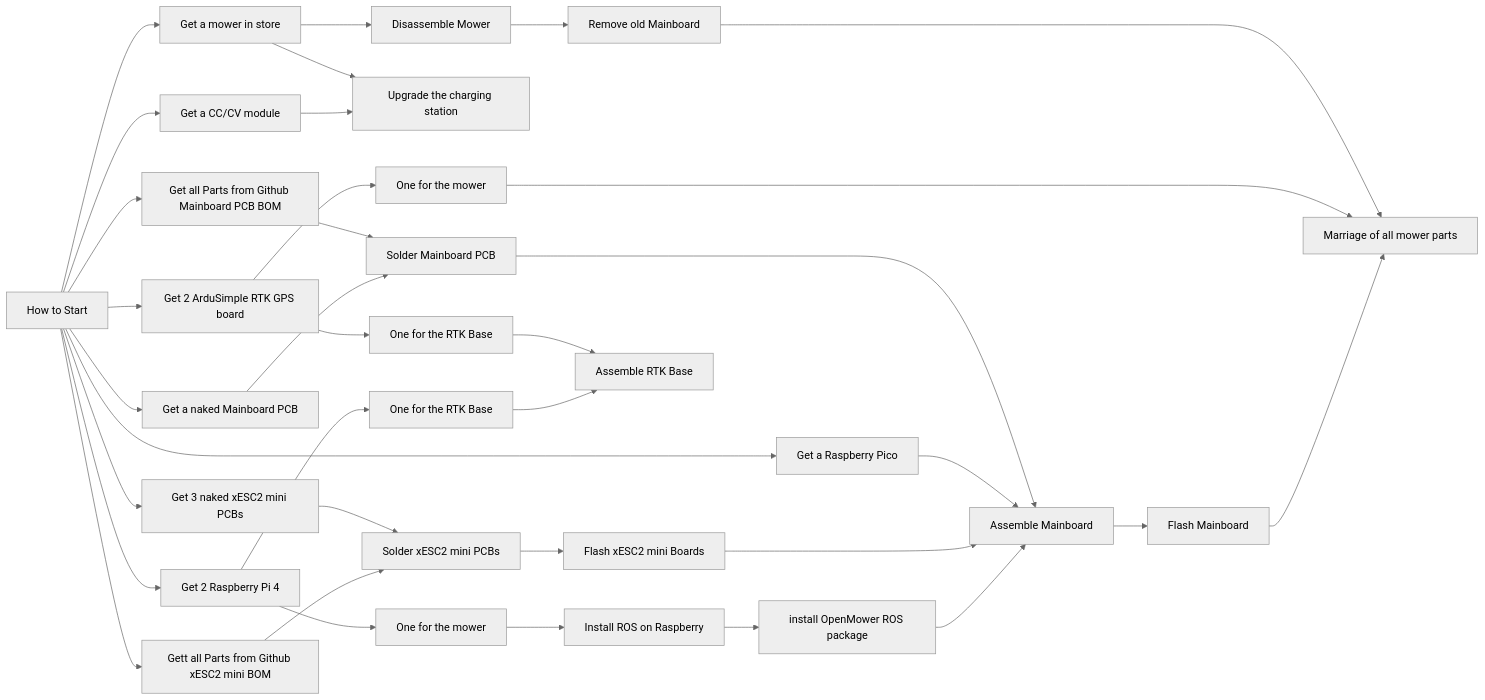
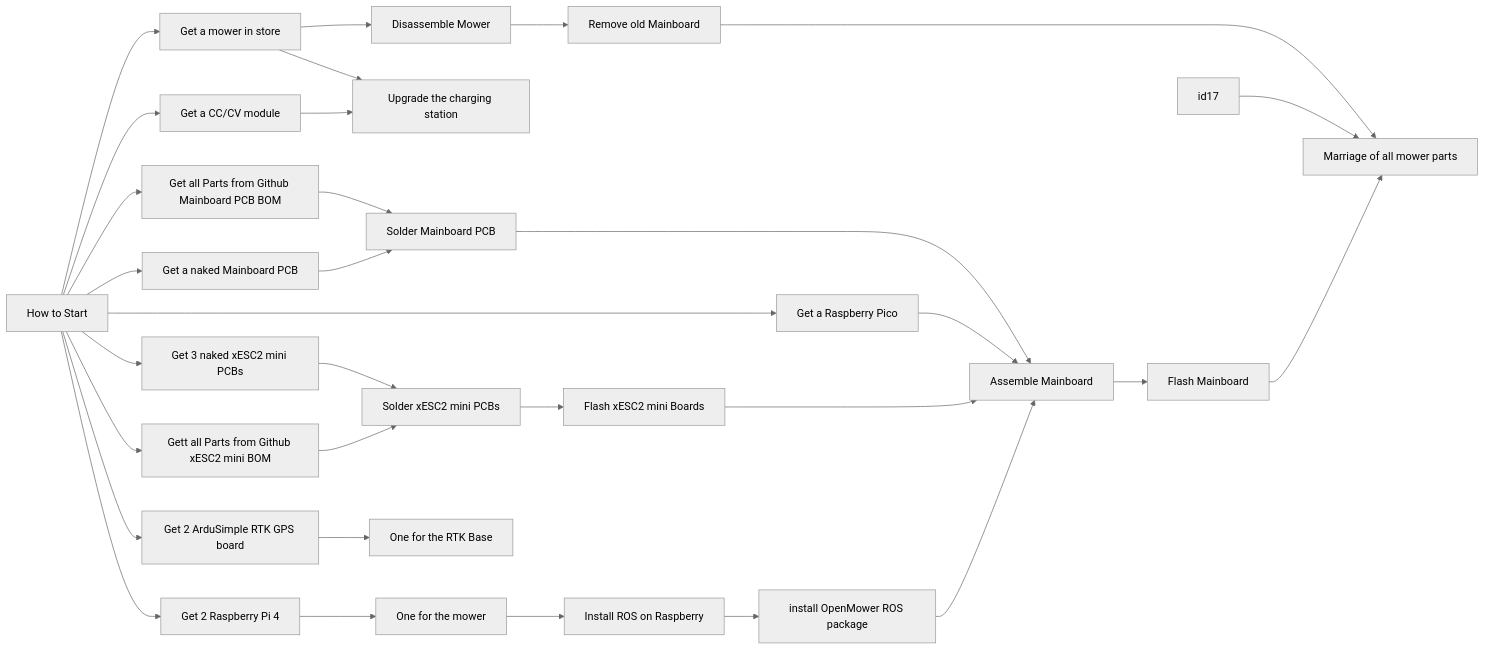
One commit to expervotxm/CompIKD changed the diagram in diagram.md. Above: the diagram before and after it, drawn with Mermaid (neutral theme).

````diff
--- a/diagram.md
+++ b/diagram.md
@@ -7,48 +7,44 @@
 ```mermaid
   graph LR;
       id1[How to Start]-->id2[Get a mower in store];
       id2-->id14[Disassemble Mower];
       id14-->id15[Remove old Mainboard];
       
       id2-->id22[Upgrade the charging station];
       id1-->id23[Get a CC/CV module];
       id23-->id22;
       
       id1-->id3[Get a naked Mainboard PCB];
       
       id1-->id4[Get 3 naked xESC2 mini PCBs];
       id1-->id11[Gett all Parts from Github xESC2 mini BOM];
       id1-->id5[Get 2 ArduSimple RTK GPS board];
       id1-->id6[Get 2 Raspberry Pi 4];
       id1-->id7[Get a Raspberry Pico];
       id1-->id9;
 
       id6-->id21[One for the mower];
       id8-->id10[Assemble Mainboard];
       
       id4-->id12[Solder xESC2 mini PCBs];
       id11-->id12;
       id12-->id13[Flash xESC2 mini Boards];
       id7-->id10;
       id13-->id10;
       
       
       id15-->id16[Marriage of all mower parts];
       id10-->id18;
-      id5-->id17[One for the mower];
       id17-->id16;
       id18[Flash Mainboard]-->id16;
      
       id19[Install ROS on Raspberry]-->id20[install OpenMower ROS package];
       id21-->id19;
       id20-->id10;
       
 
       id5-->id24[One for the RTK Base];
-      id6-->id25[One for the RTK Base];
-      id24-->id26[Assemble RTK Base];
-      id25-->id26[Assemble RTK Base];
       
       id9[Get all Parts from Github Mainboard PCB BOM]-->id8;
       id3-->id8[Solder Mainboard PCB];
 ```
````
